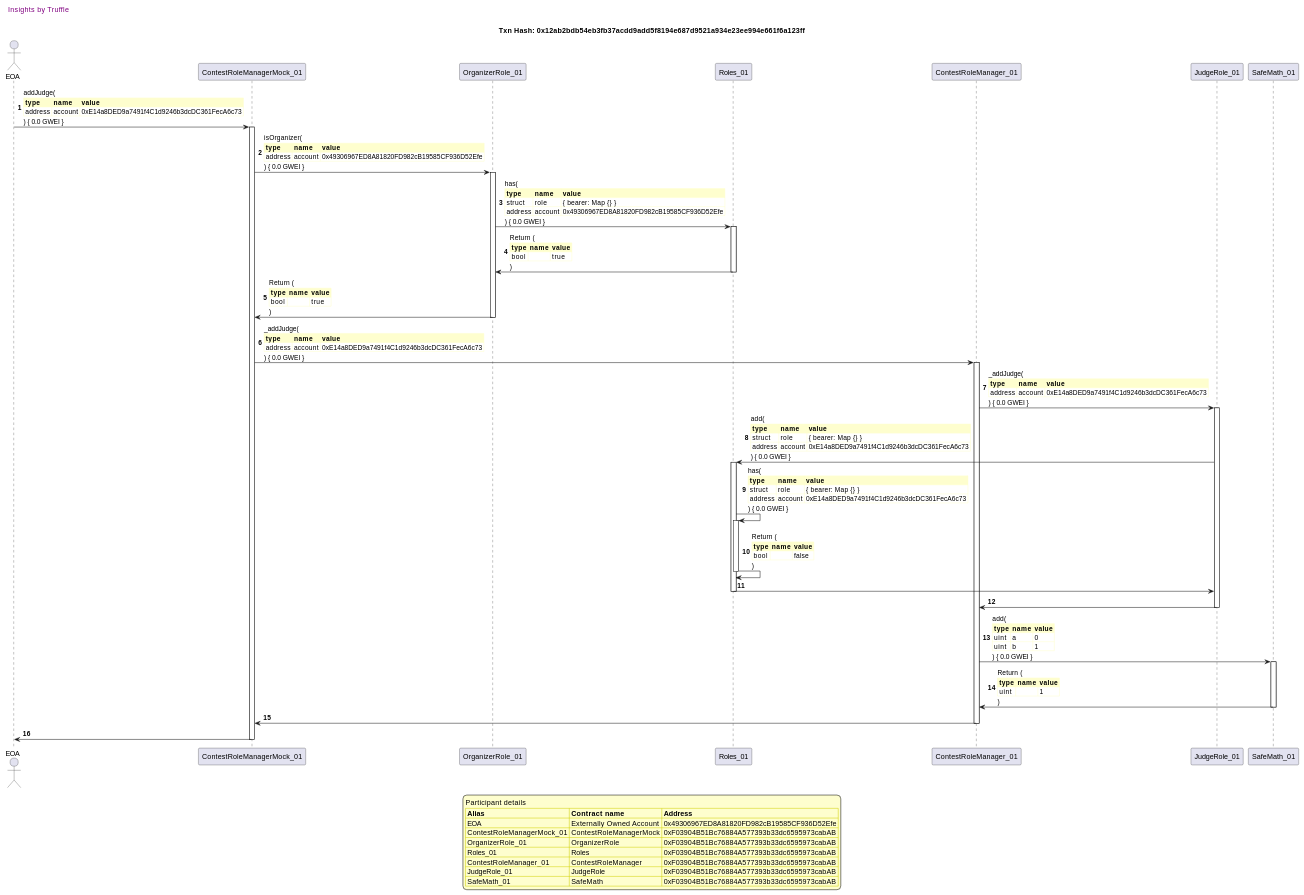
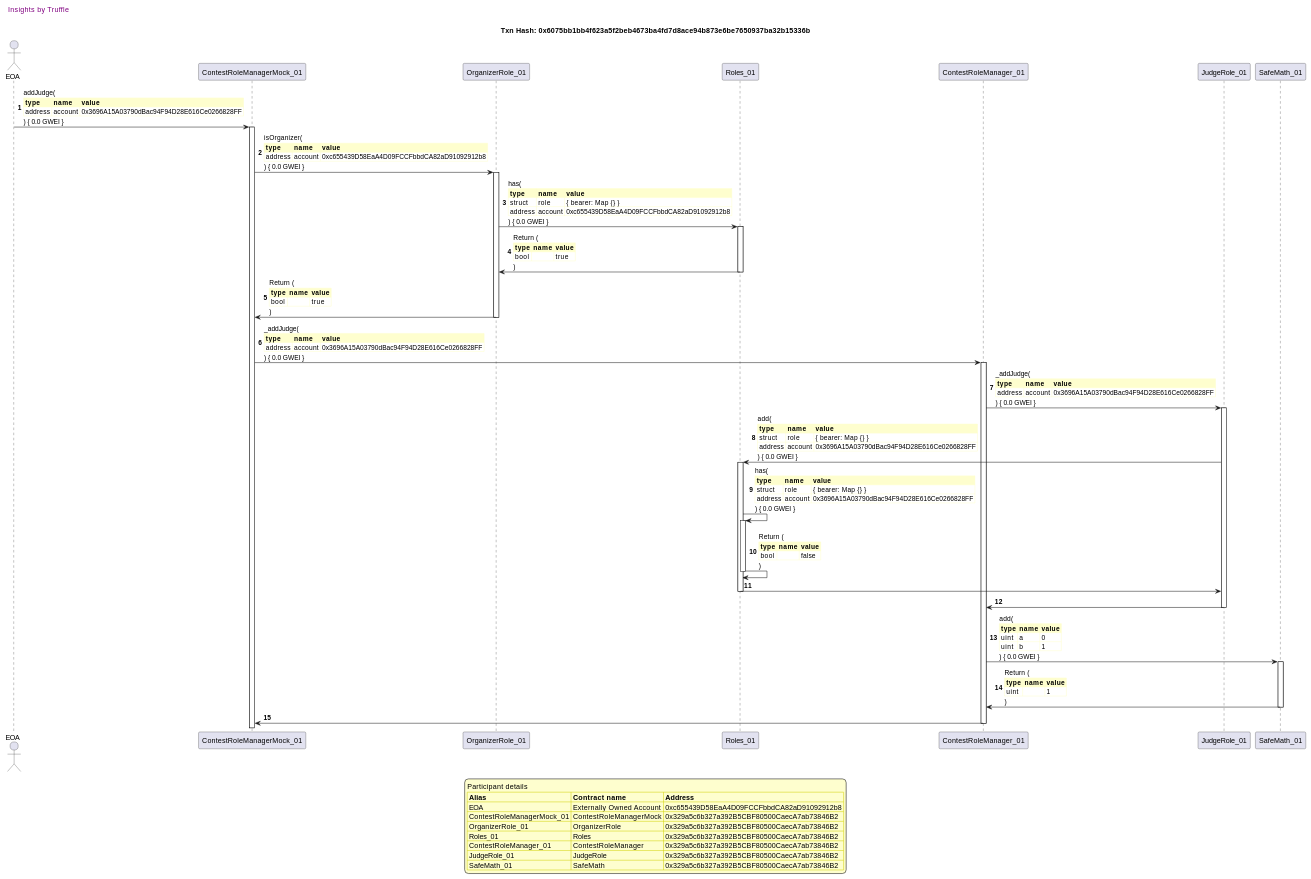
One commit to fodisi/hackapay changed the fifth of 20 diagrams in truffle-seq/roles_contestrolemanager.md. Above: the diagram before and after it, drawn with PlantUML. The commit also changed other lines of this file and 10 other files, not shown here.

```diff
--- a/truffle-seq/roles_contestrolemanager.md
+++ b/truffle-seq/roles_contestrolemanager.md
@@ -344,7 +344,7 @@
 
 header Insights by Truffle
 
-title Txn Hash: 0x12ab2bdb54eb3fb37acdd9add5f8194e687d9521a934e23ee994e661f6a123ff
+title Txn Hash: 0x6075bb1bb4f623a5f2beb4673ba4fd7d8ace94b873e6be7650937ba32b15336b
 
 
 actor EOA as "EOA"
@@ -357,16 +357,16 @@
 
 "EOA" -> "ContestRoleManagerMock_01" ++: addJudge(\n\
 <#FEFECE,#FEFECE>|= type |= name |= value |\n\
-| address | account | 0xE14a8DED9a7491f4C1d9246b3dcDC361FecA6c73 |\n\
+| address | account | 0x3696A15A03790dBac94F94D28E616Ce0266828FF |\n\
 ) { 0.0 GWEI }
 "ContestRoleManagerMock_01" -> "OrganizerRole_01" ++: isOrganizer(\n\
 <#FEFECE,#FEFECE>|= type |= name |= value |\n\
-| address | account | 0x49306967ED8A81820FD982cB19585CF936D52Efe |\n\
+| address | account | 0xc655439D58EaA4D09FCCFbbdCA82aD91092912b8 |\n\
 ) { 0.0 GWEI }
 "OrganizerRole_01" -> "Roles_01" ++: has(\n\
 <#FEFECE,#FEFECE>|= type |= name |= value |\n\
 | struct | role | { bearer: Map {} } |\n\
-| address | account | 0x49306967ED8A81820FD982cB19585CF936D52Efe |\n\
+| address | account | 0xc655439D58EaA4D09FCCFbbdCA82aD91092912b8 |\n\
 ) { 0.0 GWEI }
 "Roles_01" -> "OrganizerRole_01" --: Return (\n\
 <#FEFECE,#FEFECE>|= type |= name |= value |\n\
@@ -378,21 +378,21 @@
 )
 "ContestRoleManagerMock_01" -> "ContestRoleManager_01" ++: _addJudge(\n\
 <#FEFECE,#FEFECE>|= type |= name |= value |\n\
-| address | account | 0xE14a8DED9a7491f4C1d9246b3dcDC361FecA6c73 |\n\
+| address | account | 0x3696A15A03790dBac94F94D28E616Ce0266828FF |\n\
 ) { 0.0 GWEI }
 "ContestRoleManager_01" -> "JudgeRole_01" ++: _addJudge(\n\
 <#FEFECE,#FEFECE>|= type |= name |= value |\n\
-| address | account | 0xE14a8DED9a7491f4C1d9246b3dcDC361FecA6c73 |\n\
+| address | account | 0x3696A15A03790dBac94F94D28E616Ce0266828FF |\n\
 ) { 0.0 GWEI }
 "JudgeRole_01" -> "Roles_01" ++: add(\n\
 <#FEFECE,#FEFECE>|= type |= name |= value |\n\
 | struct | role | { bearer: Map {} } |\n\
-| address | account | 0xE14a8DED9a7491f4C1d9246b3dcDC361FecA6c73 |\n\
+| address | account | 0x3696A15A03790dBac94F94D28E616Ce0266828FF |\n\
 ) { 0.0 GWEI }
 "Roles_01" -> "Roles_01" ++: has(\n\
 <#FEFECE,#FEFECE>|= type |= name |= value |\n\
 | struct | role | { bearer: Map {} } |\n\
-| address | account | 0xE14a8DED9a7491f4C1d9246b3dcDC361FecA6c73 |\n\
+| address | account | 0x3696A15A03790dBac94F94D28E616Ce0266828FF |\n\
 ) { 0.0 GWEI }
 "Roles_01" -> "Roles_01" --: Return (\n\
 <#FEFECE,#FEFECE>|= type |= name |= value |\n\
@@ -410,18 +410,17 @@
 | uint |  | 1 |\n\
 )
 "ContestRoleManager_01" -> "ContestRoleManagerMock_01" --: 
-"ContestRoleManagerMock_01" -> "EOA" --: 
 
 legend
 Participant details
 <#FEFECE,#D0D000>|= Alias |= Contract name |= Address |
-<#FEFECE>| EOA | Externally Owned Account | 0x49306967ED8A81820FD982cB19585CF936D52Efe |
-<#FEFECE>| ContestRoleManagerMock_01 | ContestRoleManagerMock | 0xF03904B51Bc76884A577393b33dc6595973cabAB |
-<#FEFECE>| OrganizerRole_01 | OrganizerRole | 0xF03904B51Bc76884A577393b33dc6595973cabAB |
-<#FEFECE>| Roles_01 | Roles | 0xF03904B51Bc76884A577393b33dc6595973cabAB |
-<#FEFECE>| ContestRoleManager_01 | ContestRoleManager | 0xF03904B51Bc76884A577393b33dc6595973cabAB |
-<#FEFECE>| JudgeRole_01 | JudgeRole | 0xF03904B51Bc76884A577393b33dc6595973cabAB |
-<#FEFECE>| SafeMath_01 | SafeMath | 0xF03904B51Bc76884A577393b33dc6595973cabAB |
+<#FEFECE>| EOA | Externally Owned Account | 0xc655439D58EaA4D09FCCFbbdCA82aD91092912b8 |
+<#FEFECE>| ContestRoleManagerMock_01 | ContestRoleManagerMock | 0x329a5c6b327a392B5CBF80500CaecA7ab73846B2 |
+<#FEFECE>| OrganizerRole_01 | OrganizerRole | 0x329a5c6b327a392B5CBF80500CaecA7ab73846B2 |
+<#FEFECE>| Roles_01 | Roles | 0x329a5c6b327a392B5CBF80500CaecA7ab73846B2 |
+<#FEFECE>| ContestRoleManager_01 | ContestRoleManager | 0x329a5c6b327a392B5CBF80500CaecA7ab73846B2 |
+<#FEFECE>| JudgeRole_01 | JudgeRole | 0x329a5c6b327a392B5CBF80500CaecA7ab73846B2 |
+<#FEFECE>| SafeMath_01 | SafeMath | 0x329a5c6b327a392B5CBF80500CaecA7ab73846B2 |
 endlegend
 
 @enduml
```
